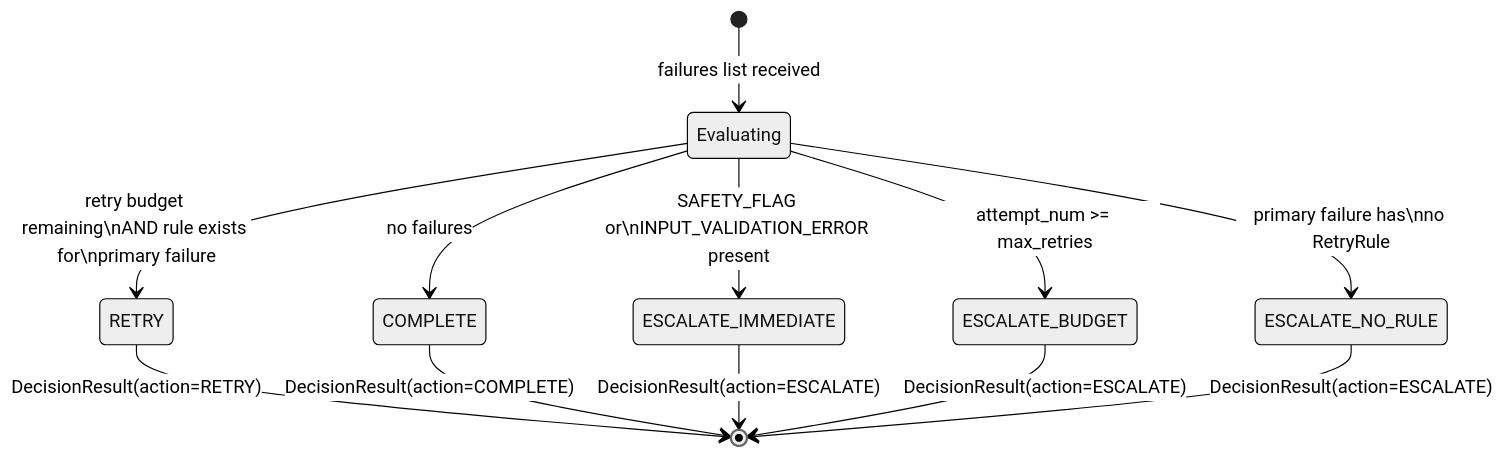
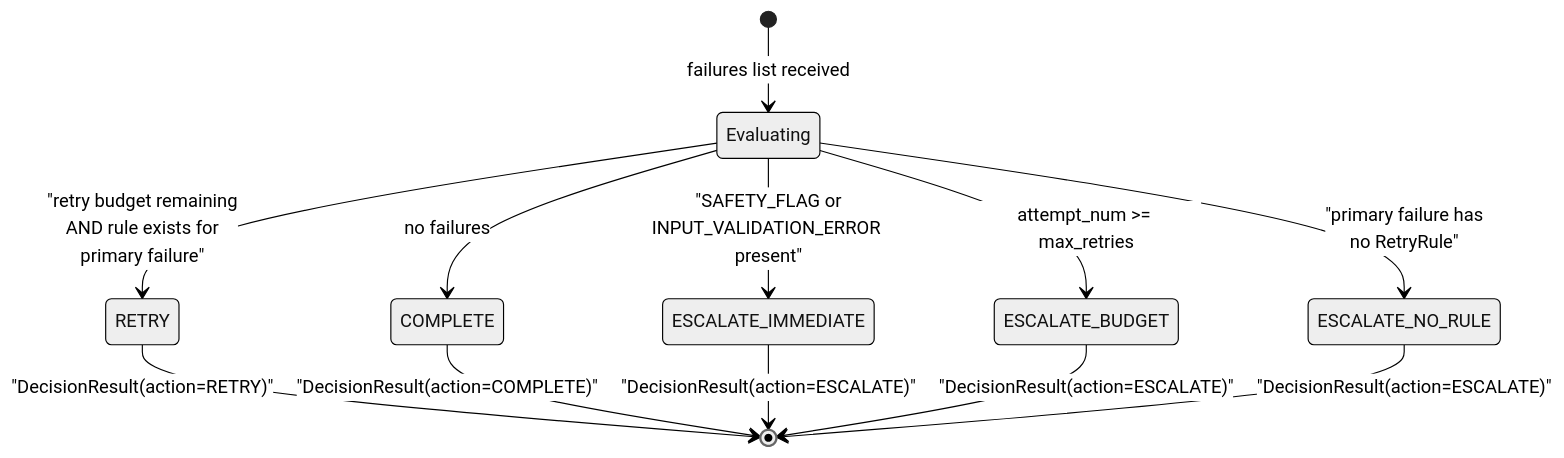
Before and after one commit to ngallodev-software/ai-reliability-fw: the fifth of 5 diagrams in docs/diagrams.md, drawn with Mermaid (neutral theme). The commit also changed other lines of this file and 3 other files, not shown here.

````diff
--- a/docs/diagrams.md
+++ b/docs/diagrams.md
@@ -322,20 +323,20 @@
 ```mermaid
 stateDiagram-v2
     [*] --> Evaluating : failures list received
 
     Evaluating --> COMPLETE : no failures
 
-    Evaluating --> ESCALATE_IMMEDIATE : SAFETY_FLAG or\nINPUT_VALIDATION_ERROR present
+    Evaluating --> ESCALATE_IMMEDIATE : "SAFETY_FLAG or<br/>INPUT_VALIDATION_ERROR present"
 
     Evaluating --> ESCALATE_BUDGET : attempt_num >= max_retries
 
-    Evaluating --> ESCALATE_NO_RULE : primary failure has\nno RetryRule
+    Evaluating --> ESCALATE_NO_RULE : "primary failure has<br/>no RetryRule"
 
-    Evaluating --> RETRY : retry budget remaining\nAND rule exists for\nprimary failure
+    Evaluating --> RETRY : "retry budget remaining<br/>AND rule exists for<br/>primary failure"
 
-    RETRY --> [*] : DecisionResult(action=RETRY)
-    COMPLETE --> [*] : DecisionResult(action=COMPLETE)
-    ESCALATE_IMMEDIATE --> [*] : DecisionResult(action=ESCALATE)
-    ESCALATE_BUDGET --> [*] : DecisionResult(action=ESCALATE)
-    ESCALATE_NO_RULE --> [*] : DecisionResult(action=ESCALATE)
+    RETRY --> [*] : "DecisionResult(action=RETRY)"
+    COMPLETE --> [*] : "DecisionResult(action=COMPLETE)"
+    ESCALATE_IMMEDIATE --> [*] : "DecisionResult(action=ESCALATE)"
+    ESCALATE_BUDGET --> [*] : "DecisionResult(action=ESCALATE)"
+    ESCALATE_NO_RULE --> [*] : "DecisionResult(action=ESCALATE)"
 ```
````
